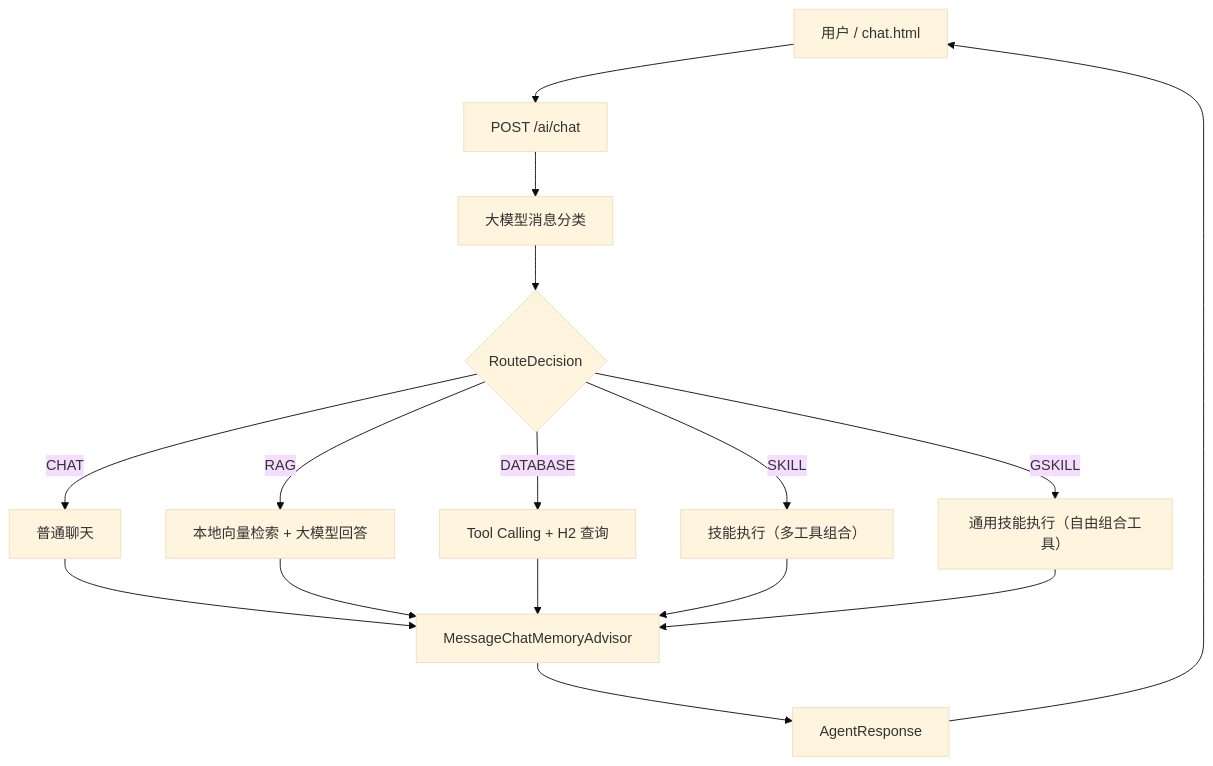
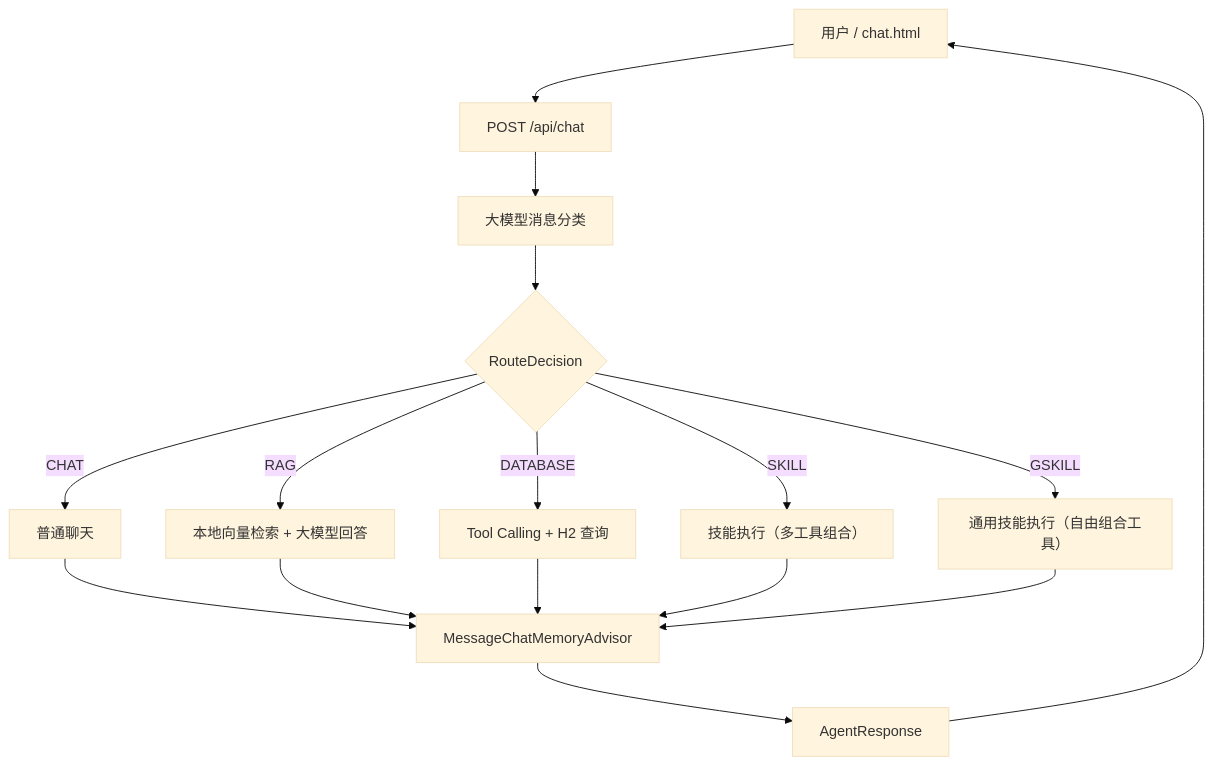
One commit to hdwang123/sagent changed the diagram in README.md. Above: the diagram before and after it, drawn with Mermaid (base theme). The commit also changed other lines of this file and 54 other files, not shown here.

````diff
--- a/README.md
+++ b/README.md
@@ -39,18 +38,18 @@
 ```mermaid
 flowchart TD
-    U["用户 / chat.html"] --> C["POST /ai/chat"]
+    U["用户 / chat.html"] --> C["POST /api/chat"]
     C --> R["大模型消息分类"]
     R --> D{"RouteDecision"}
     D -->|"CHAT"| CH["普通聊天"]
     D -->|"RAG"| RA["本地向量检索 + 大模型回答"]
     D -->|"DATABASE"| DB["Tool Calling + H2 查询"]
     D -->|"SKILL"| SK["技能执行（多工具组合）"]
     D -->|"GSKILL"| GS["通用技能执行（自由组合工具）"]
     CH --> M["MessageChatMemoryAdvisor"]
     RA --> M
     DB --> M
     SK --> M
     GS --> M
     M --> A["AgentResponse"]
     A --> U
 ```
````
